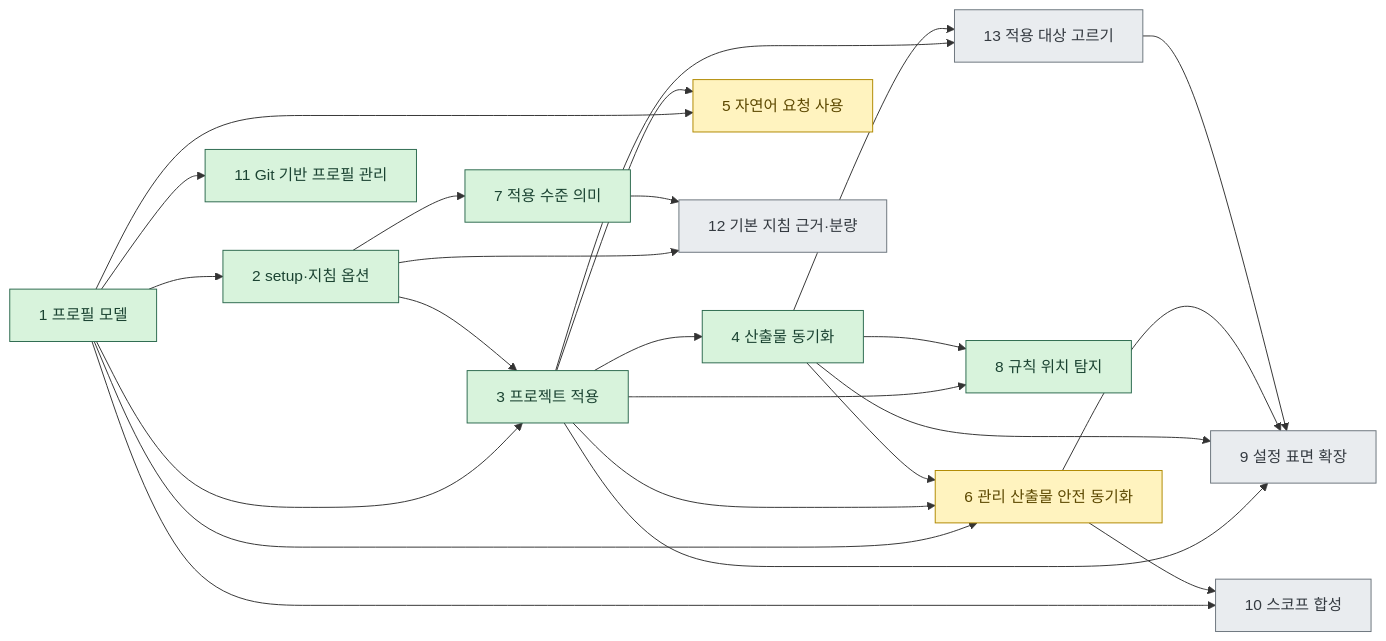
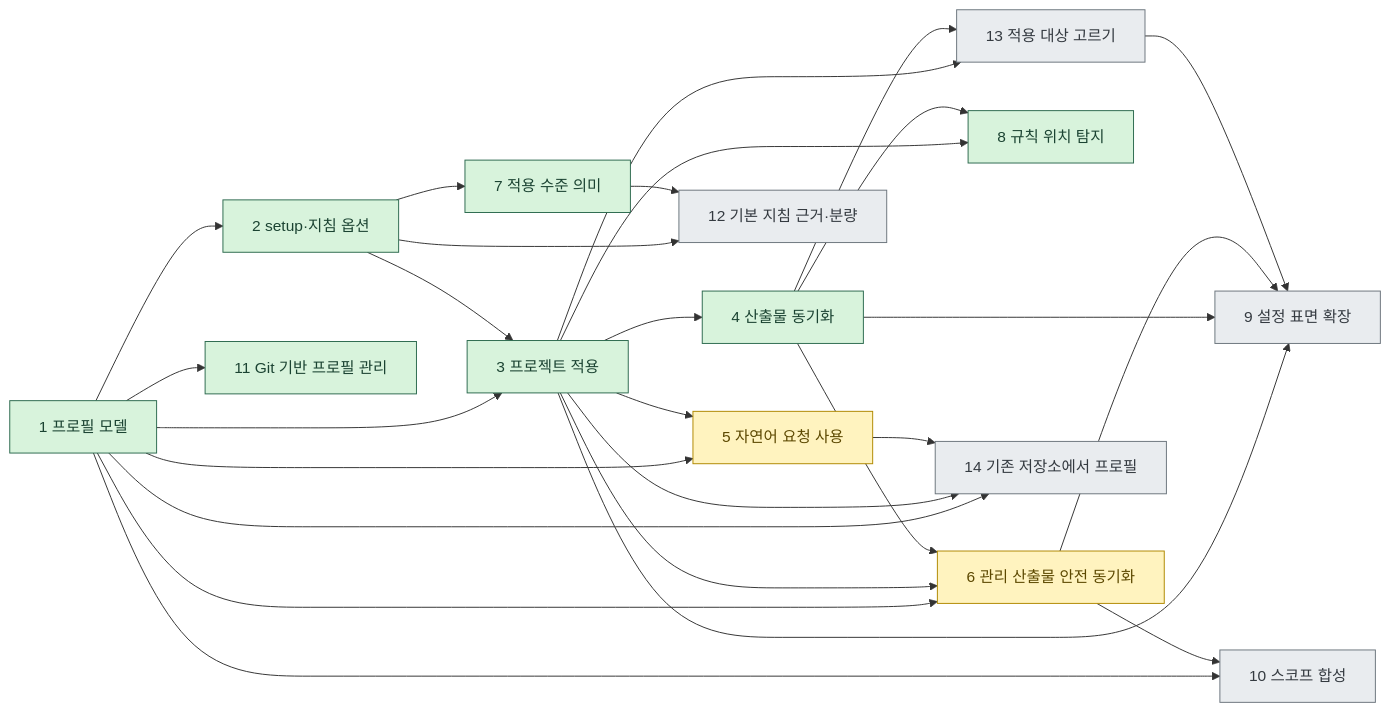
Before and after one commit to IsthisLee/agent-context-manager: the diagram in docs/discussion/architecture/README.md, drawn with Mermaid. The commit also changed other lines of this file and 8 other files, not shown here.

````diff
--- a/docs/discussion/architecture/README.md
+++ b/docs/discussion/architecture/README.md
@@ -31,32 +32,35 @@
 ```mermaid
 flowchart LR
   S1["1 프로필 모델"] --> S2["2 setup·지침 옵션"]
   S1 --> S3["3 프로젝트 적용"]
   S2 --> S3
   S3 --> S4["4 산출물 동기화"]
   S1 --> S5["5 자연어 요청 사용"]
   S3 --> S5
   S1 --> S6["6 관리 산출물 안전 동기화"]
   S3 --> S6
   S4 --> S6
   S2 --> S7["7 적용 수준 의미"]
   S3 --> S8["8 규칙 위치 탐지"]
   S4 --> S8
   S3 --> S9["9 설정 표면 확장"]
   S4 --> S9
   S6 --> S9
   S1 --> S10["10 스코프 합성"]
   S6 --> S10
   S1 --> S11["11 Git 기반 프로필 관리"]
   S2 --> S12["12 기본 지침 근거·분량"]
   S7 --> S12
   S3 --> S13["13 적용 대상 고르기"]
   S4 --> S13
   S13 --> S9
+  S1 --> S14["14 기존 저장소에서 프로필"]
+  S3 --> S14
+  S5 --> S14
   classDef done fill:#d8f3dc,stroke:#2d6a4f,color:#1b4332
   classDef doing fill:#fff3bf,stroke:#b08900,color:#5c4800
   classDef todo fill:#e9ecef,stroke:#6c757d,color:#343a40
   class S1,S2,S3,S4,S7,S8,S11 done
   class S5,S6 doing
-  class S9,S10,S12,S13 todo
+  class S9,S10,S12,S13,S14 todo
 ```
````
